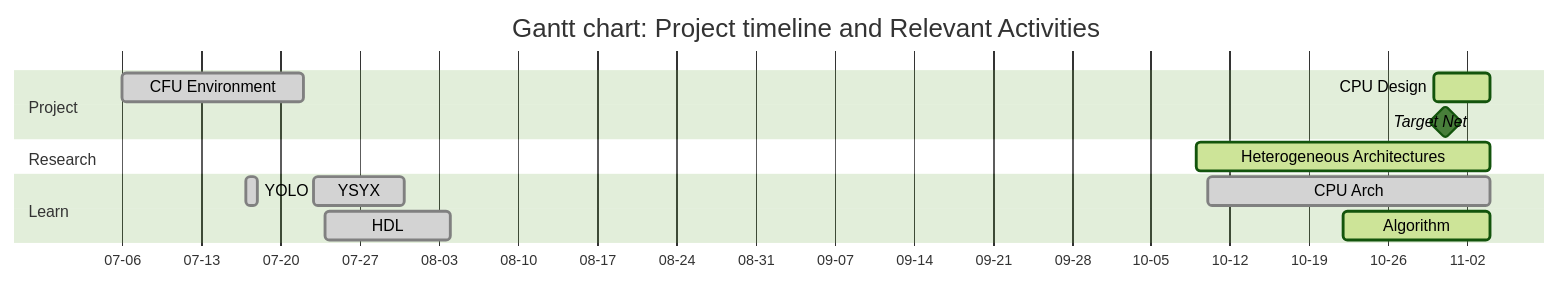
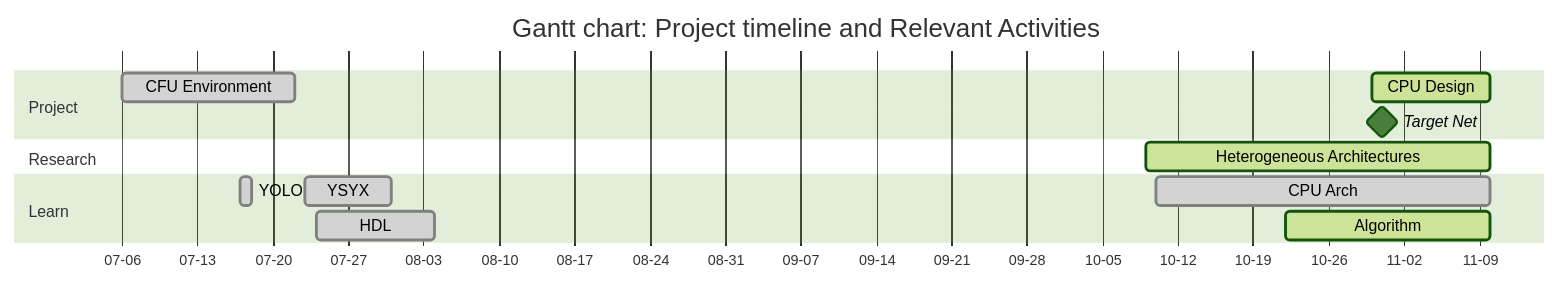
One commit to Marcobisky/Marcobisky.github.io changed the first of 2 diagrams in tinyml/index.qmd. Above: the diagram before and after it, drawn with Mermaid (forest theme). The commit also changed 2 other files, not shown here.

Commit message:
Update logs, TinyML

````diff
--- a/tinyml/index.qmd
+++ b/tinyml/index.qmd
@@ -48,31 +48,31 @@
 ```{mermaid}
 ---
 displayMode: compact
 ---
 %%| label: fig-timeline
 %%| fig-cap: "Gantt Chart"
 %%| fig-width: 10
 %%| fig-height: 6
 
 gantt
     title Gantt chart: Project timeline and Relevant Activities
     dateFormat  YYYY-MM-DD
     axisFormat  %m-%d
     tickInterval 14d
 
     section Project
         CFU Environment :done, 2025-07-06, 2025-07-22
         Target Net :milestone, 2025-10-31, 0d
-        CPU Design :active, 2025-10-30, 2025-11-04
+        CPU Design :active, 2025-10-30, 2025-11-10
 
     section Research
-        Heterogeneous Architectures :active, 2025-10-09, 2025-11-04
+        Heterogeneous Architectures :active, 2025-10-09, 2025-11-10
 
     section Learn
         YSYX :done, 2025-07-23, 2025-07-31
         HDL :done, 2025-07-24, 2025-08-04
         YOLO :done, 2025-07-17, 1d
-        CPU Arch :done, 2025-10-10, 2025-11-04
-        Algorithm :active, 2025-10-22, 2025-11-04
+        CPU Arch :done, 2025-10-10, 2025-11-10
+        Algorithm :active, 2025-10-22, 2025-11-10
 
 ```
````
